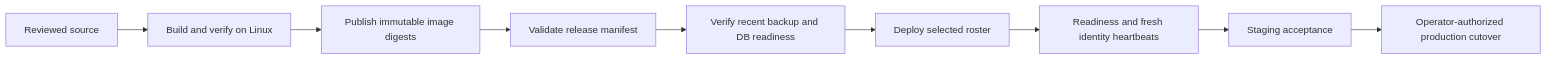
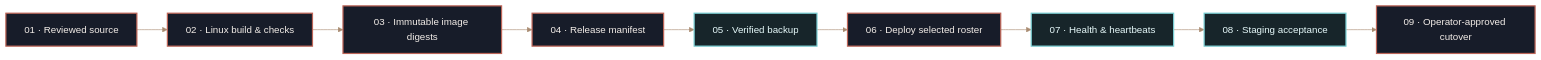
Before and after one commit to xyanncat/Ei-point: the second of 3 diagrams in README.md, drawn with Mermaid. The commit also changed other lines of this file and 1 other file, not shown here.

````diff
--- a/README.md
+++ b/README.md
@@ -167,11 +216,16 @@
 ```mermaid
+%%{init: {'theme':'base','themeVariables': {'primaryColor':'#171c29','primaryTextColor':'#eef2f7','primaryBorderColor':'#b95348','lineColor':'#a98b71','secondaryColor':'#20283a','tertiaryColor':'#111722','fontFamily':'ui-sans-serif, system-ui, sans-serif'}}}%%
 flowchart LR
-  Source[Reviewed source] --> Build[Build and verify on Linux]
-  Build --> Digest[Publish immutable image digests]
-  Digest --> Manifest[Validate release manifest]
-  Manifest --> Backup[Verify recent backup and DB readiness]
-  Backup --> Deploy[Deploy selected roster]
-  Deploy --> Health[Readiness and fresh identity heartbeats]
-  Health --> Accept[Staging acceptance]
-  Accept --> Cutover[Operator-authorized production cutover]
+  Source[01 · Reviewed source] --> Build[02 · Linux build & checks]
+  Build --> Digest[03 · Immutable image digests]
+  Digest --> Manifest[04 · Release manifest]
+  Manifest --> Backup[05 · Verified backup]
+  Backup --> Deploy[06 · Deploy selected roster]
+  Deploy --> Health[07 · Health & heartbeats]
+  Health --> Accept[08 · Staging acceptance]
+  Accept --> Cutover[09 · Operator-approved cutover]
+  classDef gate fill:#171c29,stroke:#bd6558,color:#f4eee9,stroke-width:2px
+  classDef evidence fill:#17252a,stroke:#79ced3,color:#e8fbfc,stroke-width:2px
+  class Source,Build,Digest,Manifest,Deploy,Cutover gate
+  class Backup,Health,Accept evidence
 ```
````
